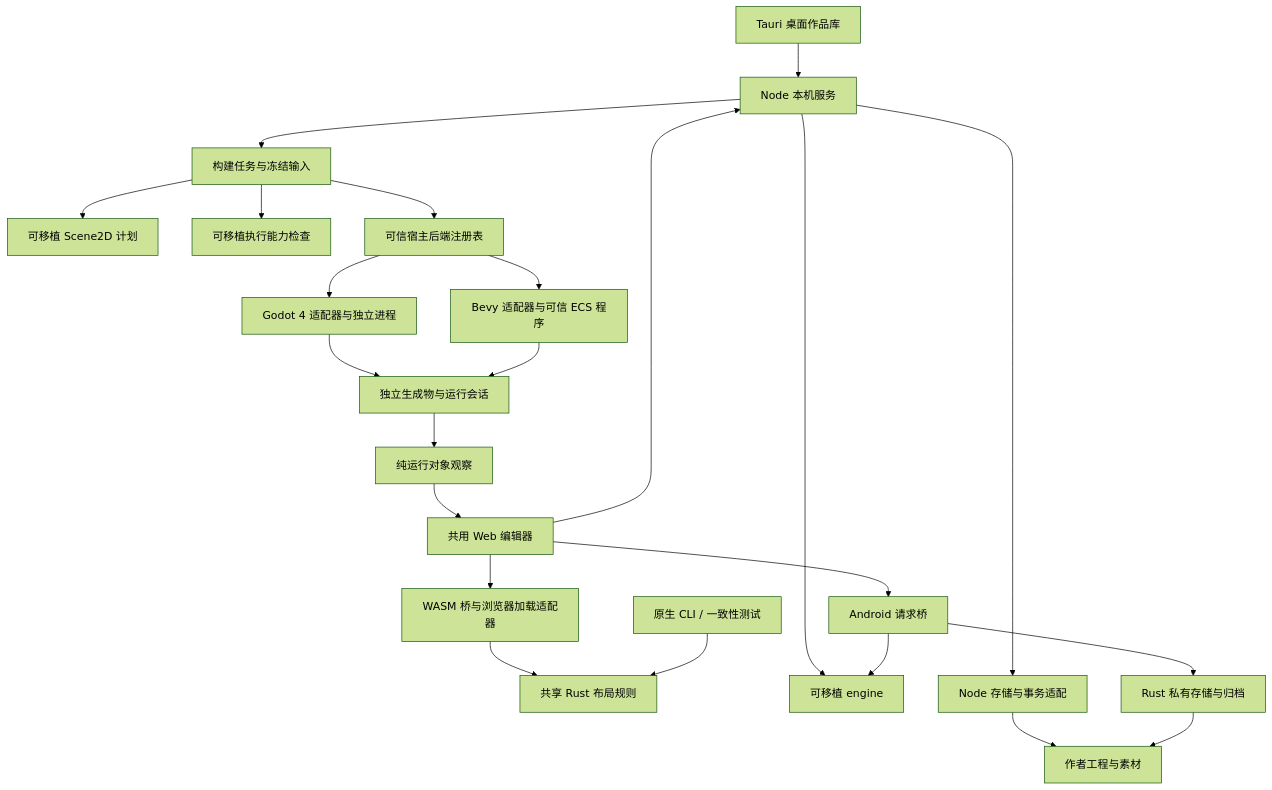
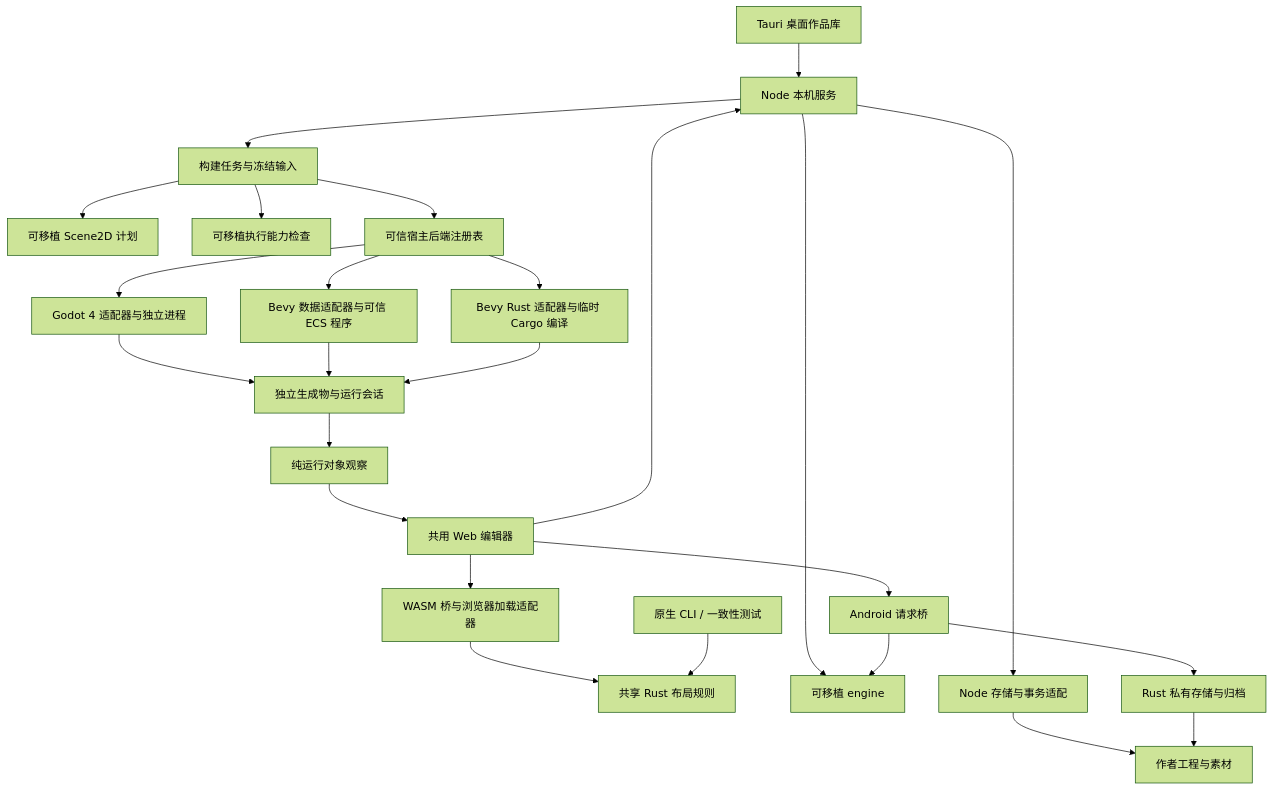
One commit to Team-silvortex/viento-studio changed the first of 2 diagrams in docs/ARCHITECTURE.md. Above: the diagram before and after it, drawn with Mermaid (forest theme). The commit also changed other lines of this file and 391 other files, not shown here.

````diff
--- a/docs/ARCHITECTURE.md
+++ b/docs/ARCHITECTURE.md
@@ -117,25 +132,27 @@
 ```mermaid
 flowchart TB
   Desktop[Tauri 桌面作品库] --> Node[Node 本机服务]
   Web[共用 Web 编辑器] --> Node
   Web --> Wasm[WASM 桥与浏览器加载适配器]
   Wasm --> SharedRust[共享 Rust 布局规则]
   NativeCheck[原生 CLI / 一致性测试] --> SharedRust
   Web --> Mobile[Android 请求桥]
   Node --> Core[可移植 engine]
   Mobile --> Core
   Node --> IO[Node 存储与事务适配]
   Mobile --> Rust[Rust 私有存储与归档]
   IO --> Source[作者工程与素材]
   Rust --> Source
   Node --> Build[构建任务与冻结输入]
   Build --> Plan[可移植 Scene2D 计划]
   Build --> Admission[可移植执行能力检查]
   Build --> Registry[可信宿主后端注册表]
   Registry --> Godot[Godot 4 适配器与独立进程]
-  Registry --> Bevy[Bevy 适配器与可信 ECS 程序]
+  Registry --> Bevy[Bevy 数据适配器与可信 ECS 程序]
+  Registry --> BevyRust[Bevy Rust 适配器与临时 Cargo 编译]
   Godot --> Output[独立生成物与运行会话]
   Bevy --> Output
+  BevyRust --> Output
   Output --> Observation[纯运行对象观察]
   Observation --> Web
 ```
````
